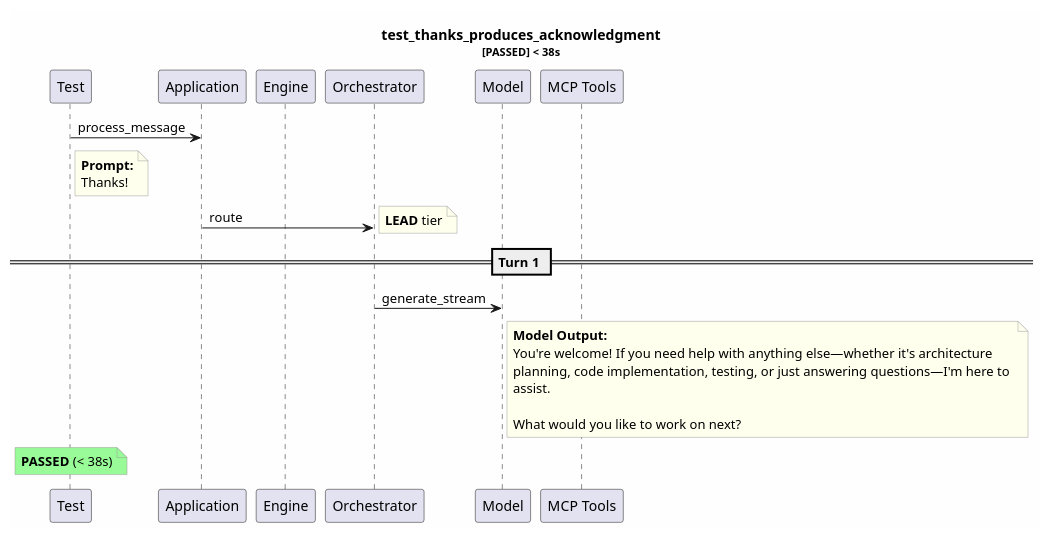
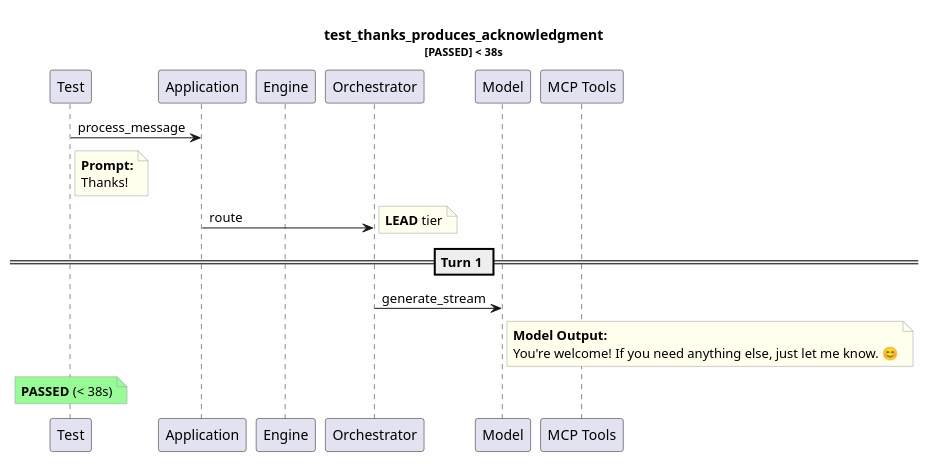
Before and after one commit to tvanfossen/entropic: the diagram in test-reports/logs/test_thanks_produces_acknowledgment/test_thanks_produces_acknowledgment.puml, drawn with PlantUML. The commit also changed 14 other files, not shown here.

```diff
--- a/test-reports/logs/test_thanks_produces_acknowledgment/test_thanks_produces_acknowledgment.puml
+++ b/test-reports/logs/test_thanks_produces_acknowledgment/test_thanks_produces_acknowledgment.puml
@@ -1,35 +1,31 @@
 @startuml
 skinparam backgroundColor #FEFEFE
 skinparam noteBorderColor #999999
 skinparam noteBackgroundColor #FFFFEE
 title test_thanks_produces_acknowledgment\n<size:11>[PASSED] < 38s</size>
 
 participant "Test" as T
 participant "Application" as App
 participant "Engine" as Eng
 participant "Orchestrator" as Orch
 participant "Model" as Mdl
 participant "MCP Tools" as MCP
 
 T -> App: process_message
 note right of T
   **Prompt:**
   Thanks!
 end note
 App -> Orch: route
 note right: **LEAD** tier
 == Turn 1 ==
 Orch -> Mdl: generate_stream
 note right of Mdl
   **Model Output:**
-  You're welcome! If you need help with anything else—whether it's architecture 
-  planning, code implementation, testing, or just answering questions—I'm here to 
-  assist. 
-  
-  What would you like to work on next?
+  You're welcome! If you need anything else, just let me know. 😊
 end note
 note over T #palegreen
   **PASSED** (< 38s)
 end note
 
 @enduml
```
